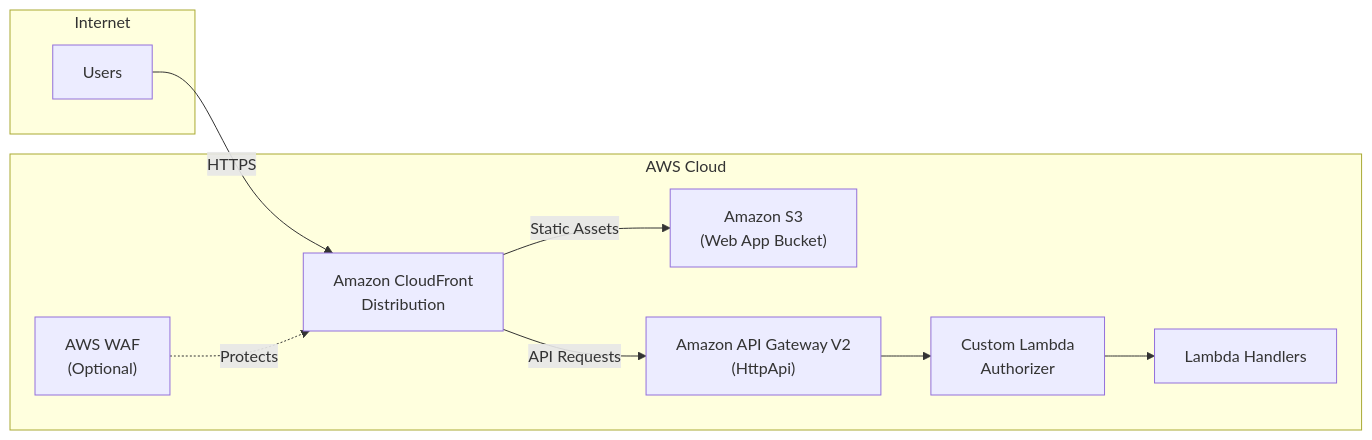
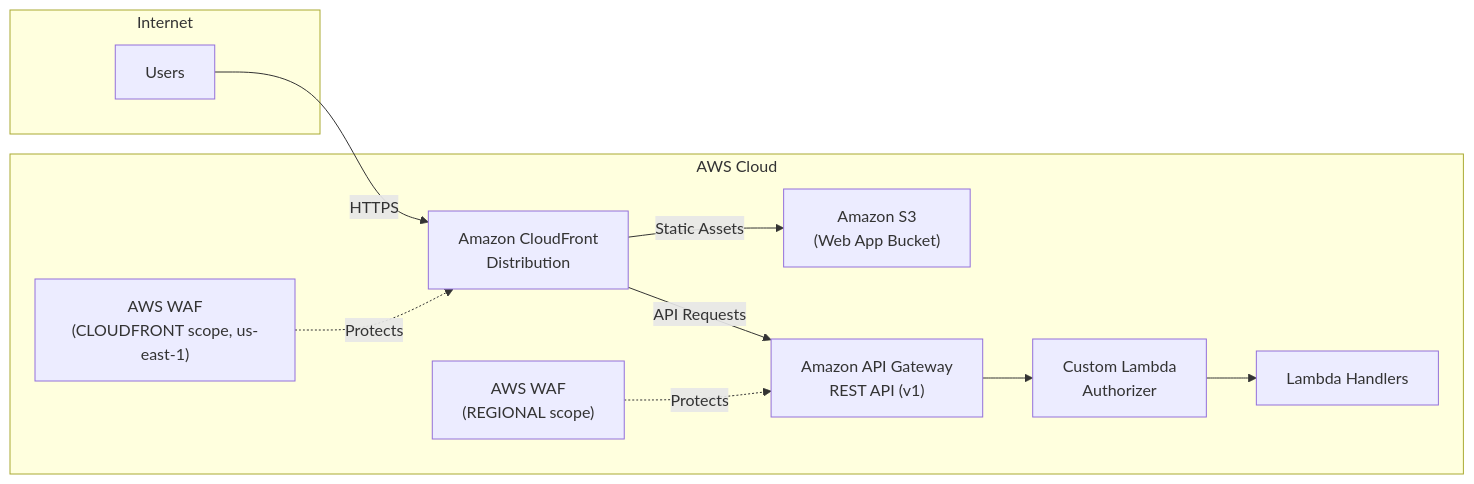
Before and after one commit to awslabs/visual-asset-management-system: the first of 3 diagrams in documentation/docusaurus-site/docs/architecture/networking.md, drawn with Mermaid. The commit also changed other lines of this file and 2239 other files, not shown here.

````diff
--- a/documentation/docusaurus-site/docs/architecture/networking.md
+++ b/documentation/docusaurus-site/docs/architecture/networking.md
@@ -11,22 +11,24 @@
 ```mermaid
 graph LR
     subgraph Internet
         USER["Users"]
     end
 
     subgraph AWS Cloud
         CF["Amazon CloudFront<br/>Distribution"]
-        WAF["AWS WAF<br/>(Optional)"]
+        WAFCF["AWS WAF<br/>(CLOUDFRONT scope, us-east-1)"]
+        WAFR["AWS WAF<br/>(REGIONAL scope)"]
         S3W["Amazon S3<br/>(Web App Bucket)"]
-        APIGW["Amazon API Gateway V2<br/>(HttpApi)"]
+        APIGW["Amazon API Gateway<br/>REST API (v1)"]
         AUTH["Custom Lambda<br/>Authorizer"]
         HANDLERS["Lambda Handlers"]
     end
 
     USER -->|HTTPS| CF
-    WAF -.->|Protects| CF
+    WAFCF -.->|Protects| CF
+    WAFR -.->|Protects| APIGW
     CF -->|Static Assets| S3W
     CF -->|API Requests| APIGW
     APIGW --> AUTH
     AUTH --> HANDLERS
 ```
````
